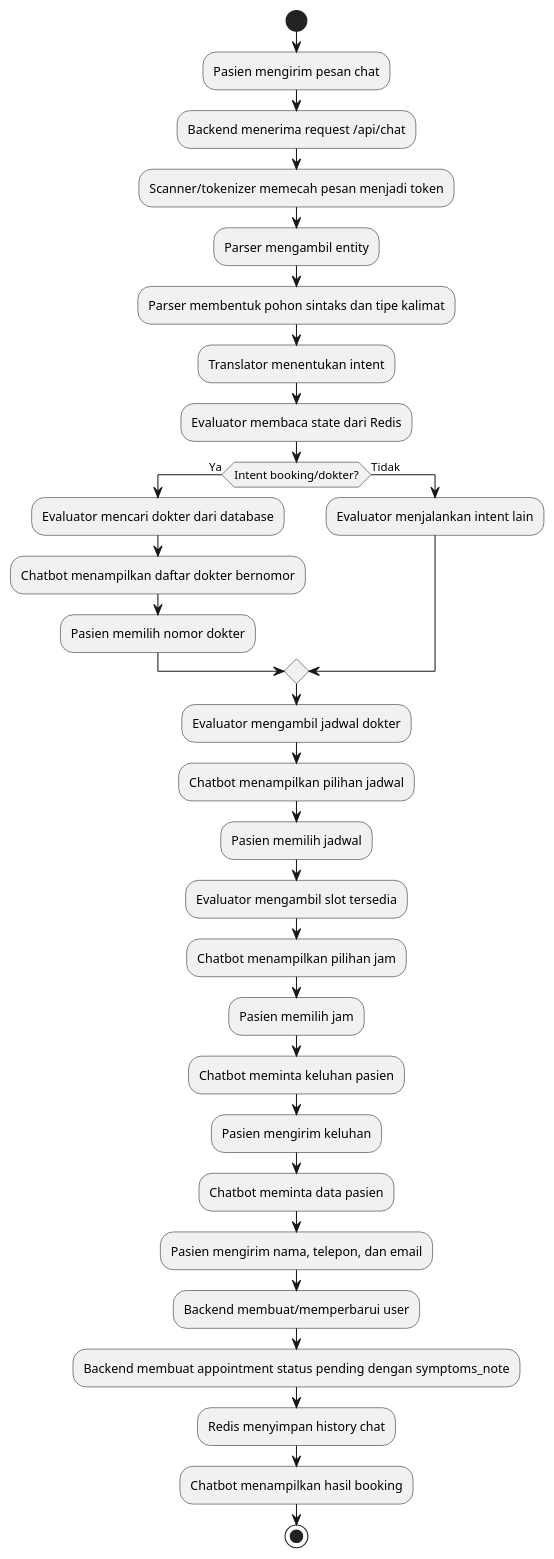
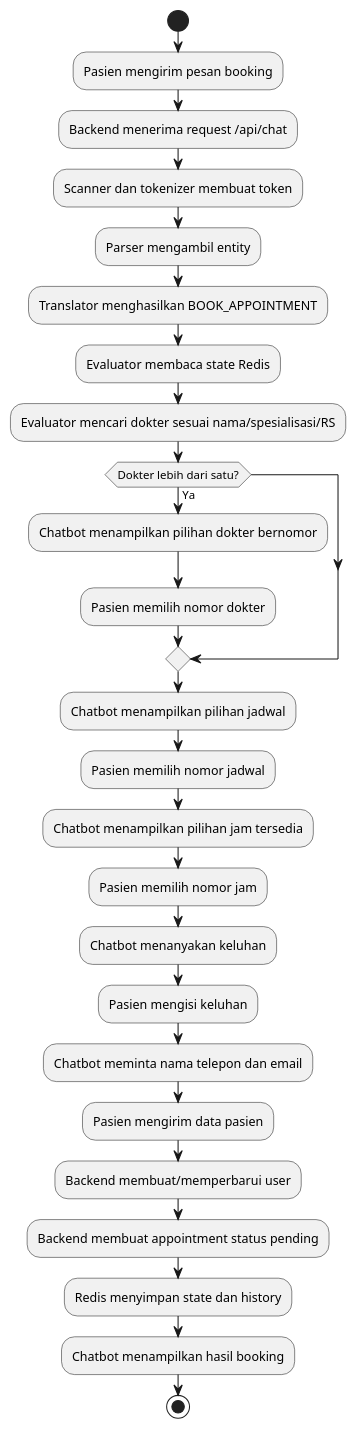
One commit to sudrajathadi/service-antrik-main changed the fifth of 7 diagrams in LAPORAN_KKP_CHATBOT_ANTRIK.md. Above: the diagram before and after it, drawn with PlantUML. The commit also changed other lines of this file and 19 other files, not shown here.

````diff
--- a/LAPORAN_KKP_CHATBOT_ANTRIK.md
+++ b/LAPORAN_KKP_CHATBOT_ANTRIK.md
@@ -1249,36 +1164,31 @@
 ```plantuml
 @startuml
 start
-:Pasien mengirim pesan chat;
+:Pasien mengirim pesan booking;
 :Backend menerima request /api/chat;
-:Scanner/tokenizer memecah pesan menjadi token;
+:Scanner dan tokenizer membuat token;
 :Parser mengambil entity;
-:Parser membentuk pohon sintaks dan tipe kalimat;
-:Translator menentukan intent;
-:Evaluator membaca state dari Redis;
+:Translator menghasilkan BOOK_APPOINTMENT;
+:Evaluator membaca state Redis;
+:Evaluator mencari dokter sesuai nama/spesialisasi/RS;
 
-if (Intent booking/dokter?) then (Ya)
-  :Evaluator mencari dokter dari database;
-  :Chatbot menampilkan daftar dokter bernomor;
+if (Dokter lebih dari satu?) then (Ya)
+  :Chatbot menampilkan pilihan dokter bernomor;
   :Pasien memilih nomor dokter;
-else (Tidak)
-  :Evaluator menjalankan intent lain;
 endif
 
-:Evaluator mengambil jadwal dokter;
 :Chatbot menampilkan pilihan jadwal;
-:Pasien memilih jadwal;
-:Evaluator mengambil slot tersedia;
-:Chatbot menampilkan pilihan jam;
-:Pasien memilih jam;
-:Chatbot meminta keluhan pasien;
-:Pasien mengirim keluhan;
-:Chatbot meminta data pasien;
-:Pasien mengirim nama, telepon, dan email;
+:Pasien memilih nomor jadwal;
+:Chatbot menampilkan pilihan jam tersedia;
+:Pasien memilih nomor jam;
+:Chatbot menanyakan keluhan;
+:Pasien mengisi keluhan;
+:Chatbot meminta nama telepon dan email;
+:Pasien mengirim data pasien;
 :Backend membuat/memperbarui user;
-:Backend membuat appointment status pending dengan symptoms_note;
-:Redis menyimpan history chat;
+:Backend membuat appointment status pending;
+:Redis menyimpan state dan history;
 :Chatbot menampilkan hasil booking;
 stop
 @enduml
 ```
````
